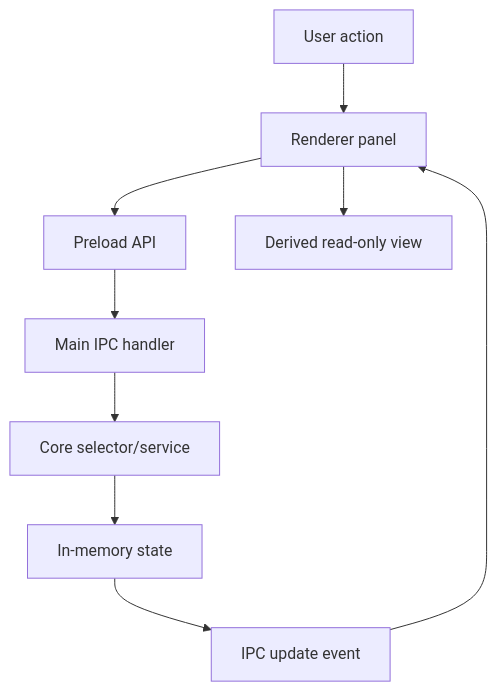
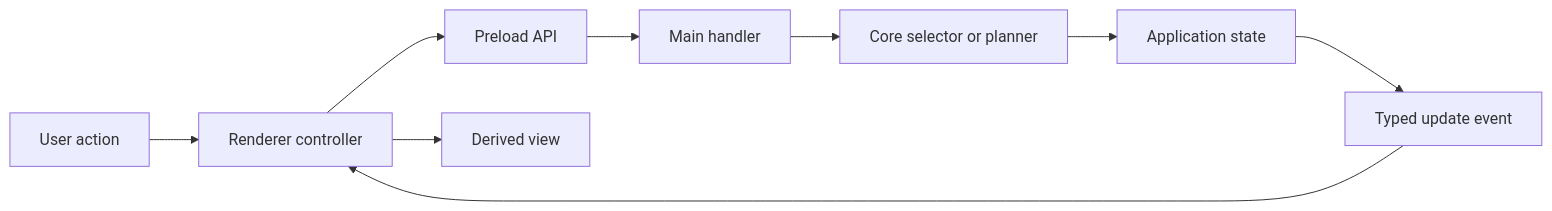
The diagram in docs/architecture/event-and-state-flow.md (krestosa/Crystal), drawn with Mermaid before and after one commit. The commit also changed other lines of this file and 60 other files, not shown here.

````diff
--- a/docs/architecture/event-and-state-flow.md
+++ b/docs/architecture/event-and-state-flow.md
@@ -13,11 +13,11 @@
 ```mermaid
-flowchart TD
-  UserAction[User action] --> RendererPanel[Renderer panel]
-  RendererPanel --> PreloadAPI[Preload API]
-  PreloadAPI --> MainHandler[Main IPC handler]
-  MainHandler --> CoreService[Core selector/service]
-  CoreService --> State[In-memory state]
-  State --> Event[IPC update event]
-  Event --> RendererPanel
-  RendererPanel --> DerivedView[Derived read-only view]
+flowchart LR
+  Action[User action] --> Renderer[Renderer controller]
+  Renderer --> API[Preload API]
+  API --> Main[Main handler]
+  Main --> Core[Core selector or planner]
+  Core --> State[Application state]
+  State --> Event[Typed update event]
+  Event --> Renderer
+  Renderer --> View[Derived view]
 ```
````
